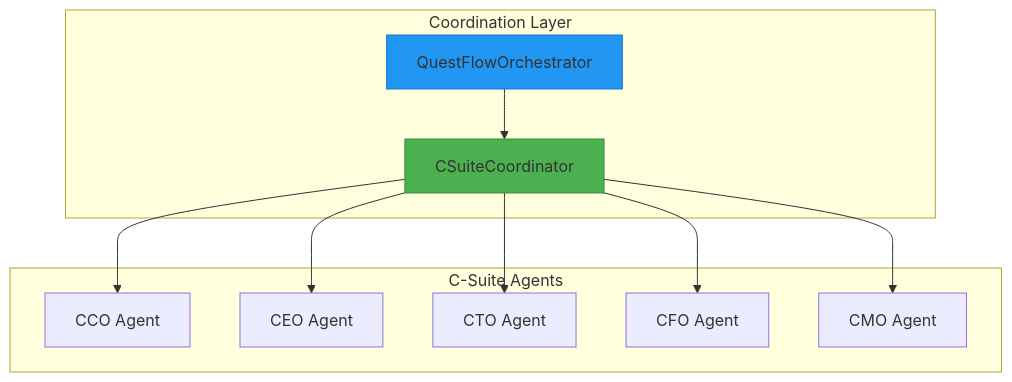
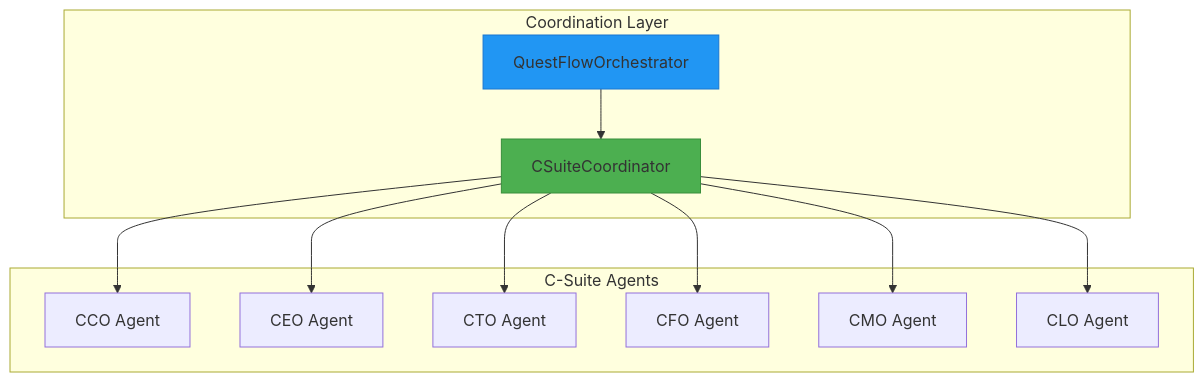
One commit to 371-Minds/os changed the first of 7 diagrams in .qoder/repowiki/en/content/C-Suite Agent Coordination.md. Above: the diagram before and after it, drawn with Mermaid. The commit also changed other lines of this file and 23 other files, not shown here.

````diff
--- a/.qoder/repowiki/en/content/C-Suite Agent Coordination.md
+++ b/.qoder/repowiki/en/content/C-Suite Agent Coordination.md
@@ -48,22 +54,24 @@
 ```mermaid
 graph TD
 subgraph "C-Suite Agents"
 CCO[CCO Agent]
 CEO[CEO Agent]
 CTO[CTO Agent]
 CFO[CFO Agent]
 CMO[CMO Agent]
+CLO[CLO Agent]
 end
 subgraph "Coordination Layer"
 CSuiteCoordinator[CSuiteCoordinator]
 Orchestrator[QuestFlowOrchestrator]
 end
 CSuiteCoordinator --> CCO
 CSuiteCoordinator --> CEO
 CSuiteCoordinator --> CTO
 CSuiteCoordinator --> CFO
 CSuiteCoordinator --> CMO
+CSuiteCoordinator --> CLO
 Orchestrator --> CSuiteCoordinator
 style CSuiteCoordinator fill:#4CAF50,stroke:#388E3C
 style Orchestrator fill:#2196F3,stroke:#1976D2
 ```
````
